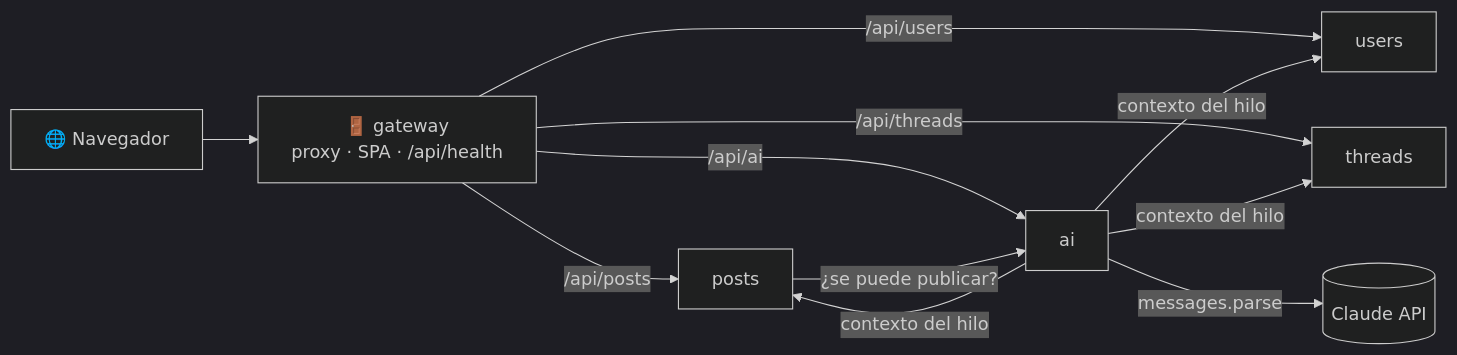
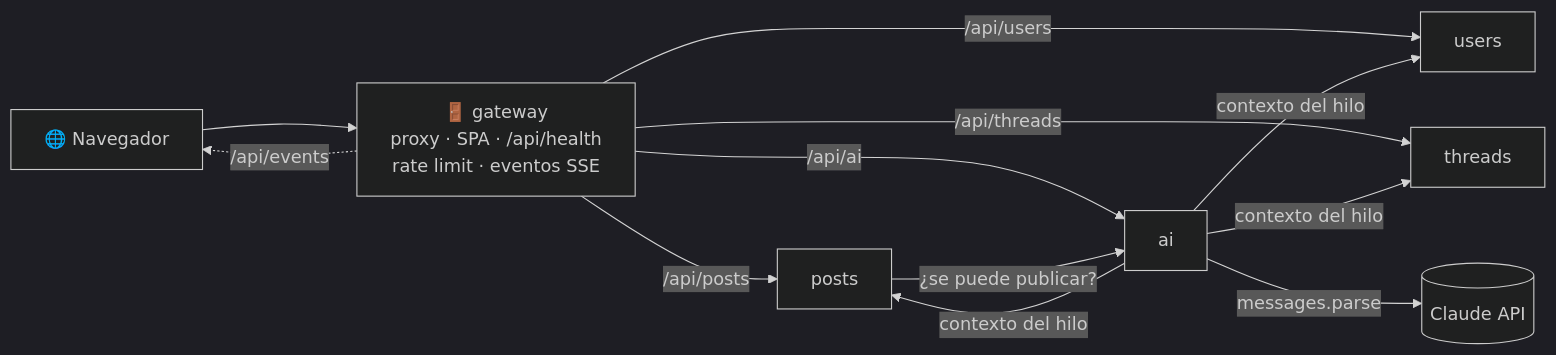
One commit to zemogc/Microservices_nodejs changed the diagram in README.md. Above: the diagram before and after it, drawn with Mermaid (dark theme). The commit also changed other lines of this file and 16 other files, not shown here.

````diff
--- a/README.md
+++ b/README.md
@@ -66,11 +99,12 @@
 ```mermaid
 flowchart LR
-    B[🌐 Navegador] --> G[🚪 gateway<br/>proxy · SPA · /api/health]
+    B[🌐 Navegador] --> G[🚪 gateway<br/>proxy · SPA · /api/health<br/>rate limit · eventos SSE]
+    G -.->|/api/events| B
     G -->|/api/users| U[users]
     G -->|/api/threads| T[threads]
     G -->|/api/posts| P[posts]
     G -->|/api/ai| A[ai]
     P -->|¿se puede publicar?| A
     A -->|contexto del hilo| U & T & P
     A -->|messages.parse| C[(Claude API)]
 ```
````
